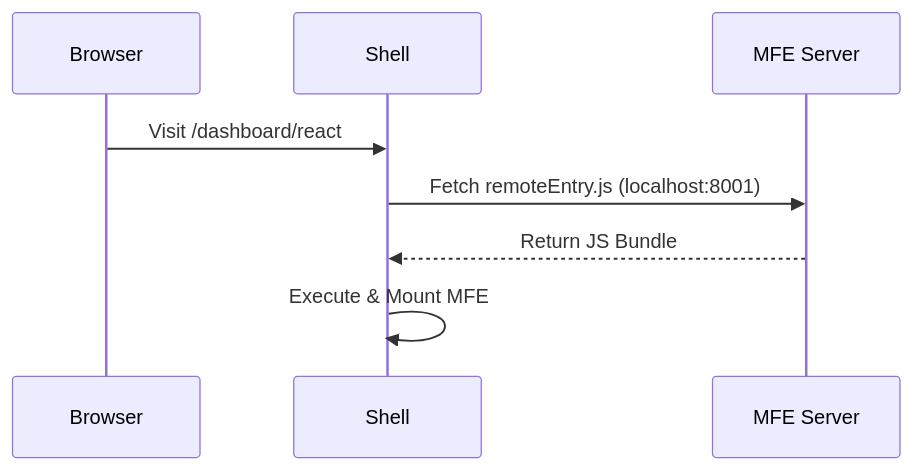
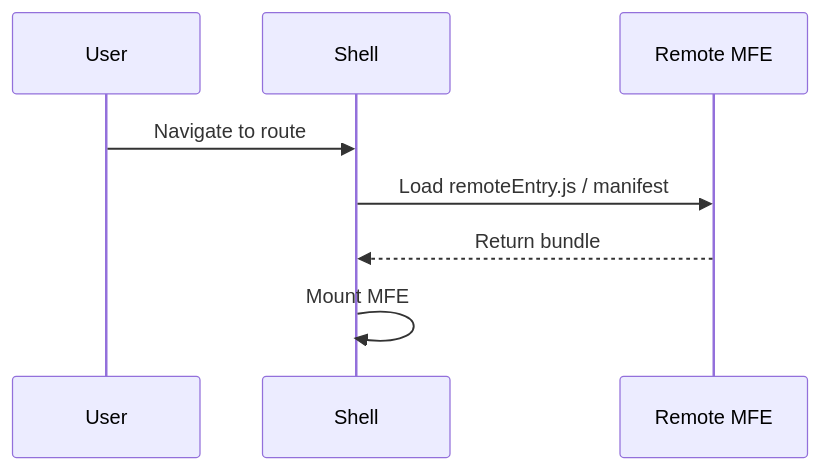
Before and after one commit to tian972k/micro-fontend-base: the third of 6 diagrams in docs/ARCHITECTURE.md, drawn with Mermaid. The commit also changed other lines of this file and 79 other files, not shown here.

````diff
--- a/docs/ARCHITECTURE.md
+++ b/docs/ARCHITECTURE.md
@@ -92,11 +80,11 @@
 ```mermaid
 sequenceDiagram
-    participant Browser
-    participant Shell
-    participant MFE as MFE Server
+  participant User
+  participant Shell
+  participant MFE as Remote MFE
 
-    Browser->>Shell: Visit /dashboard/react
-    Shell->>MFE: Fetch remoteEntry.js (localhost:8001)
-    MFE-->>Shell: Return JS Bundle
-    Shell->>Shell: Execute & Mount MFE
+  User->>Shell: Navigate to route
+  Shell->>MFE: Load remoteEntry.js / manifest
+  MFE-->>Shell: Return bundle
+  Shell->>Shell: Mount MFE
 ```
````
